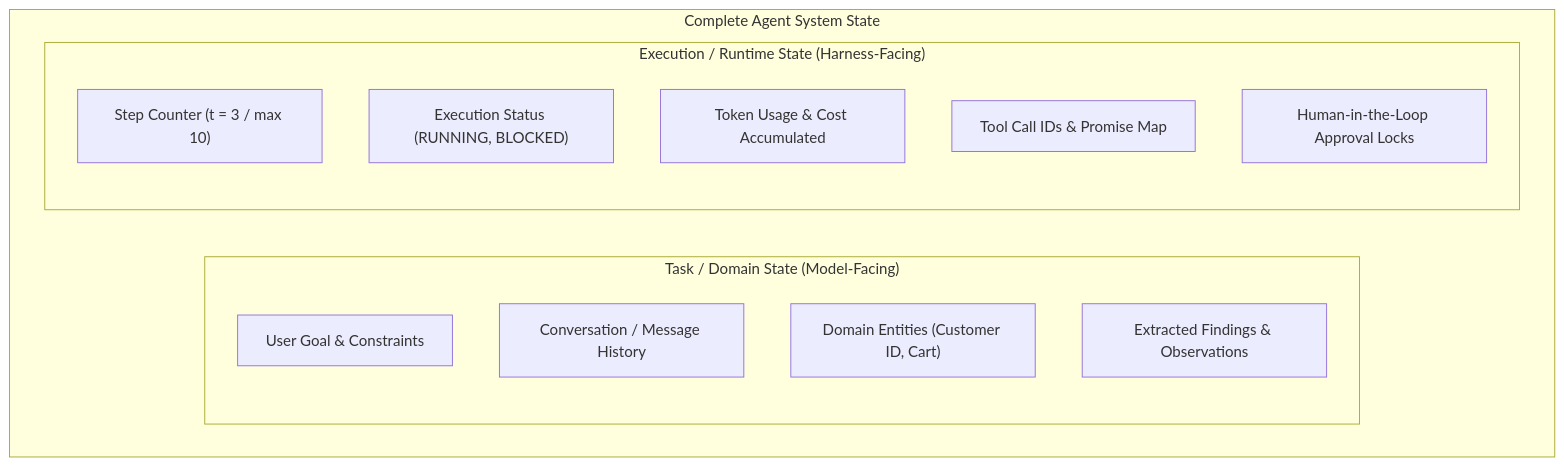
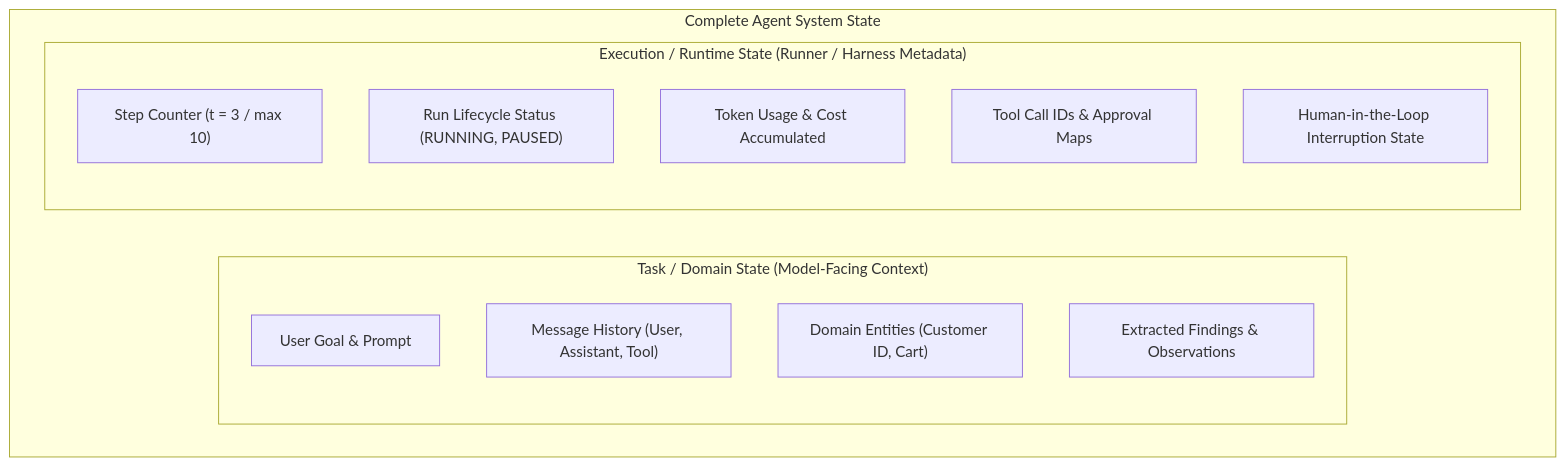
One commit to sivaskm/agentic-ai-engineering changed the fifth of 6 diagrams in module-01-agentic-ai-foundations/content/02-anatomy-of-an-agent-and-state.md. Above: the diagram before and after it, drawn with Mermaid. The commit also changed other lines of this file, not shown here.

````diff
--- a/module-01-agentic-ai-foundations/content/02-anatomy-of-an-agent-and-state.md
+++ b/module-01-agentic-ai-foundations/content/02-anatomy-of-an-agent-and-state.md
@@ -171,19 +171,19 @@
 ```mermaid
 flowchart TD
     subgraph TotalState ["Complete Agent System State"]
-        subgraph TaskState ["Task / Domain State (Model-Facing)"]
-            T1["User Goal & Constraints"]
-            T2["Conversation / Message History"]
+        subgraph TaskState ["Task / Domain State (Model-Facing Context)"]
+            T1["User Goal & Prompt"]
+            T2["Message History (User, Assistant, Tool)"]
             T3["Domain Entities (Customer ID, Cart)"]
             T4["Extracted Findings & Observations"]
         end
 
-        subgraph RuntimeState ["Execution / Runtime State (Harness-Facing)"]
+        subgraph RuntimeState ["Execution / Runtime State (Runner / Harness Metadata)"]
             R1["Step Counter (t = 3 / max 10)"]
-            R2["Execution Status (RUNNING, BLOCKED)"]
+            R2["Run Lifecycle Status (RUNNING, PAUSED)"]
             R3["Token Usage & Cost Accumulated"]
-            R4["Tool Call IDs & Promise Map"]
-            R5["Human-in-the-Loop Approval Locks"]
+            R4["Tool Call IDs & Approval Maps"]
+            R5["Human-in-the-Loop Interruption State"]
         end
     end
 ```
````
